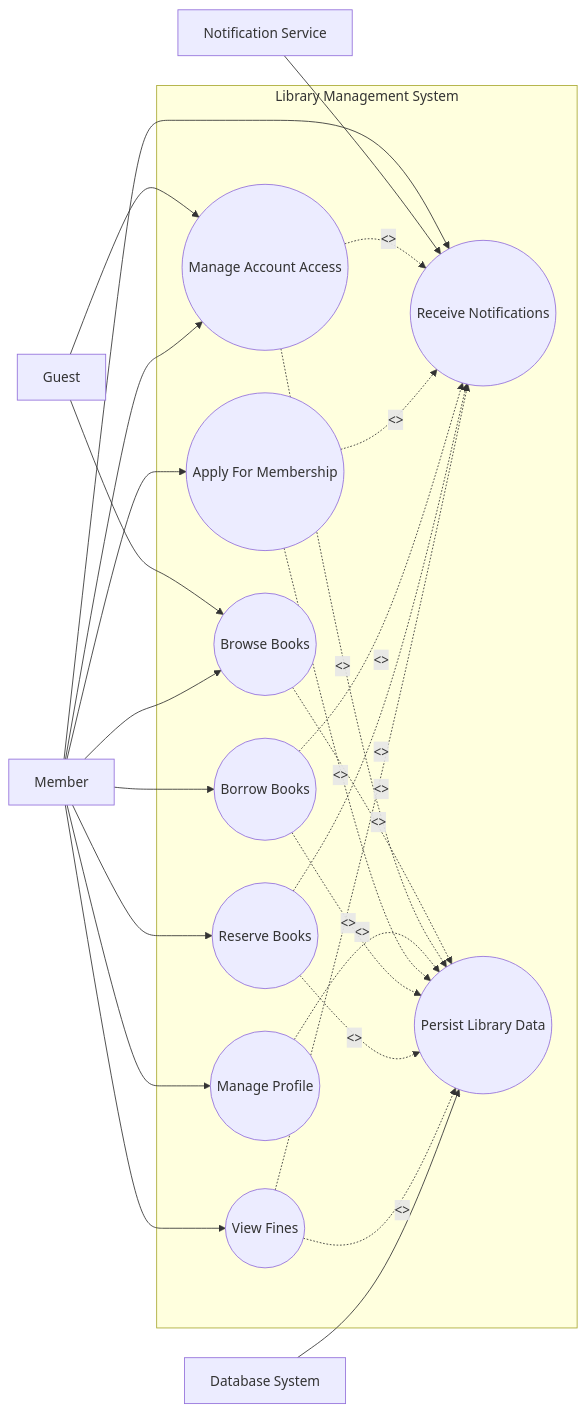
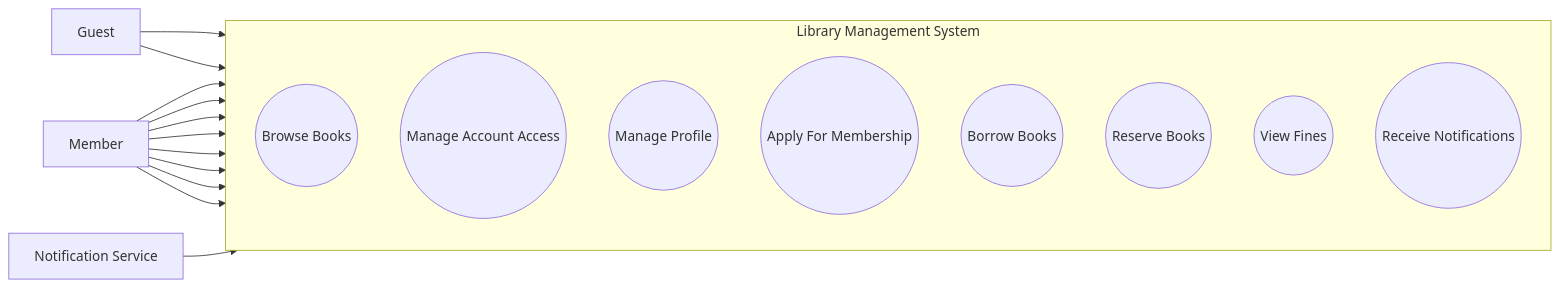
One commit to SWP391-LibraryManagement/LibraryManagement changed the first of 3 diagrams in document/RDS.md. Above: the diagram before and after it, drawn with Mermaid. The commit also changed other lines of this file, not shown here.

Commit message:
RDS: fix present of use case diagram

````diff
--- a/document/RDS.md
+++ b/document/RDS.md
@@ -112,46 +112,30 @@
 ```mermaid
 flowchart LR
   Guest[Guest]
   Member[Member]
   NotificationService[Notification Service]
-  DatabaseSystem[Database System]
 
   subgraph LMS[Library Management System]
+    direction TB
     UC01((Browse Books))
     UC02((Manage Account Access))
     UC03((Manage Profile))
     UC04((Apply For Membership))
     UC07((Borrow Books))
     UC08((Reserve Books))
     UC09A((View Fines))
     UC10A((Receive Notifications))
-    UCDB((Persist Library Data))
   end
 
   Guest --> UC01
   Guest --> UC02
   Member --> UC01
   Member --> UC02
   Member --> UC03
   Member --> UC04
   Member --> UC07
   Member --> UC08
   Member --> UC09A
   Member --> UC10A
   NotificationService --> UC10A
-
-  UC02 -. "<<include>>" .-> UC10A
-  UC04 -. "<<include>>" .-> UC10A
-  UC07 -. "<<include>>" .-> UC10A
-  UC08 -. "<<include>>" .-> UC10A
-  UC09A -. "<<include>>" .-> UC10A
-
-  UC01 -. "<<include>>" .-> UCDB
-  UC02 -. "<<include>>" .-> UCDB
-  UC03 -. "<<include>>" .-> UCDB
-  UC04 -. "<<include>>" .-> UCDB
-  UC07 -. "<<include>>" .-> UCDB
-  UC08 -. "<<include>>" .-> UCDB
-  UC09A -. "<<include>>" .-> UCDB
-  DatabaseSystem --> UCDB
 ```
````
